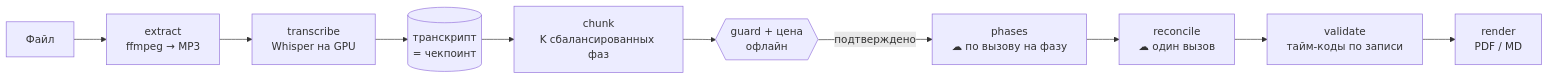
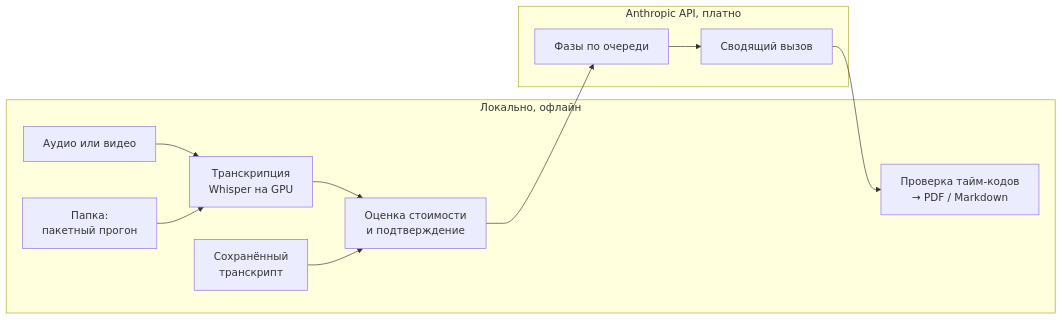
The diagram in README.md (VNQuq/echogist), drawn with Mermaid before and after one commit. The commit also changed other lines of this file, not shown here.

````diff
--- a/README.md
+++ b/README.md
@@ -30,12 +31,15 @@
 ```mermaid
 flowchart LR
-    A[Файл] --> B[extract<br/>ffmpeg → MP3]
-    B --> C[transcribe<br/>Whisper на GPU]
-    C --> T[(транскрипт<br/>= чекпоинт)]
-    T --> D[chunk<br/>K сбалансированных фаз]
-    D --> G{{guard + цена<br/>офлайн}}
-    G -->|подтверждено| P[phases<br/>☁ по вызову на фазу]
-    P --> R[reconcile<br/>☁ один вызов]
-    R --> V[validate<br/>тайм-коды по записи]
-    V --> O[render<br/>PDF / MD]
+    subgraph local["Локально, офлайн"]
+        A[Аудио или видео] --> T[Транскрипция<br/>Whisper на GPU]
+        F[Папка:<br/>пакетный прогон] --> T
+        T --> E[Оценка стоимости<br/>и подтверждение]
+        S[Сохранённый<br/>транскрипт] --> E
+        V[Проверка тайм-кодов<br/>→ PDF / Markdown]
+    end
+    subgraph api["Anthropic API, платно"]
+        P[Фазы по очереди] --> R[Сводящий вызов]
+    end
+    E --> P
+    R --> V
 ```
````
